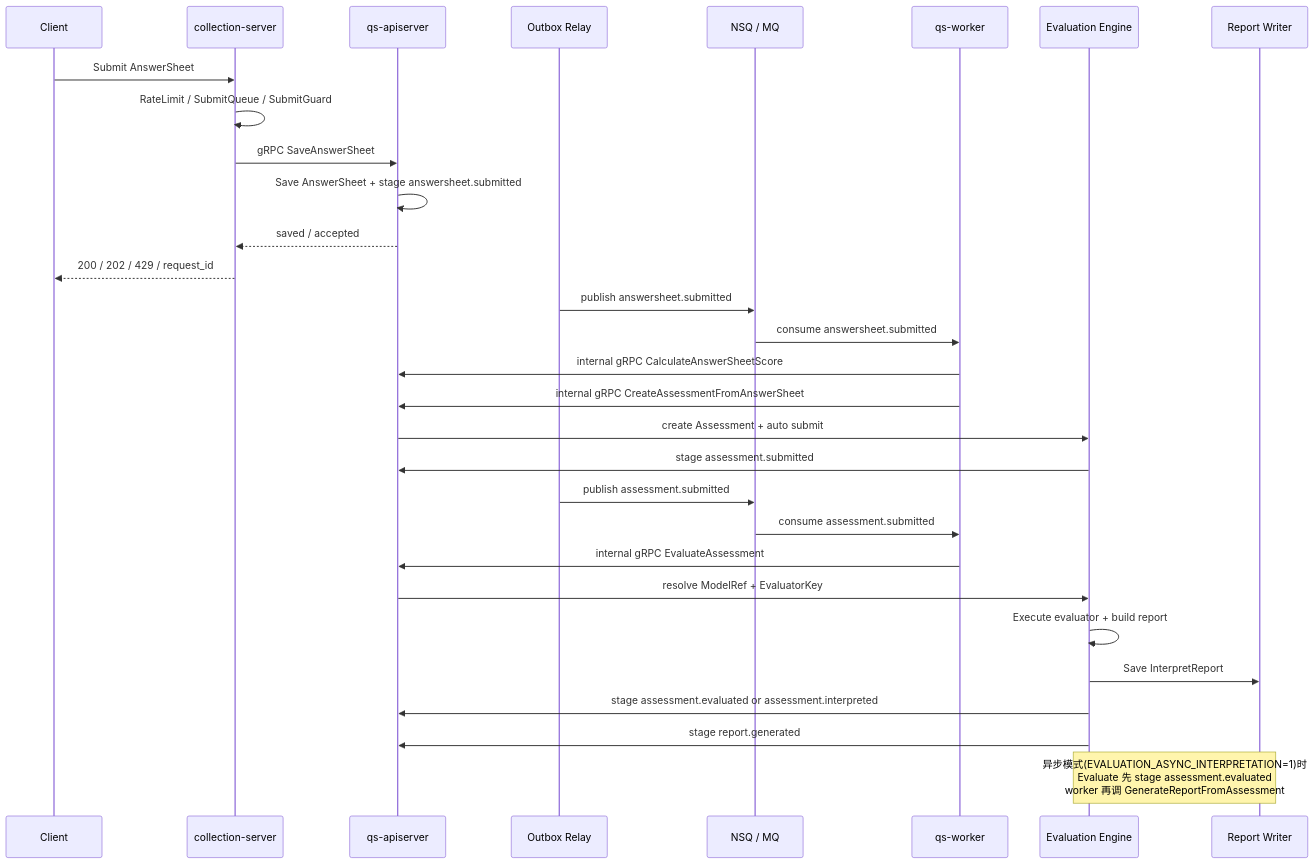
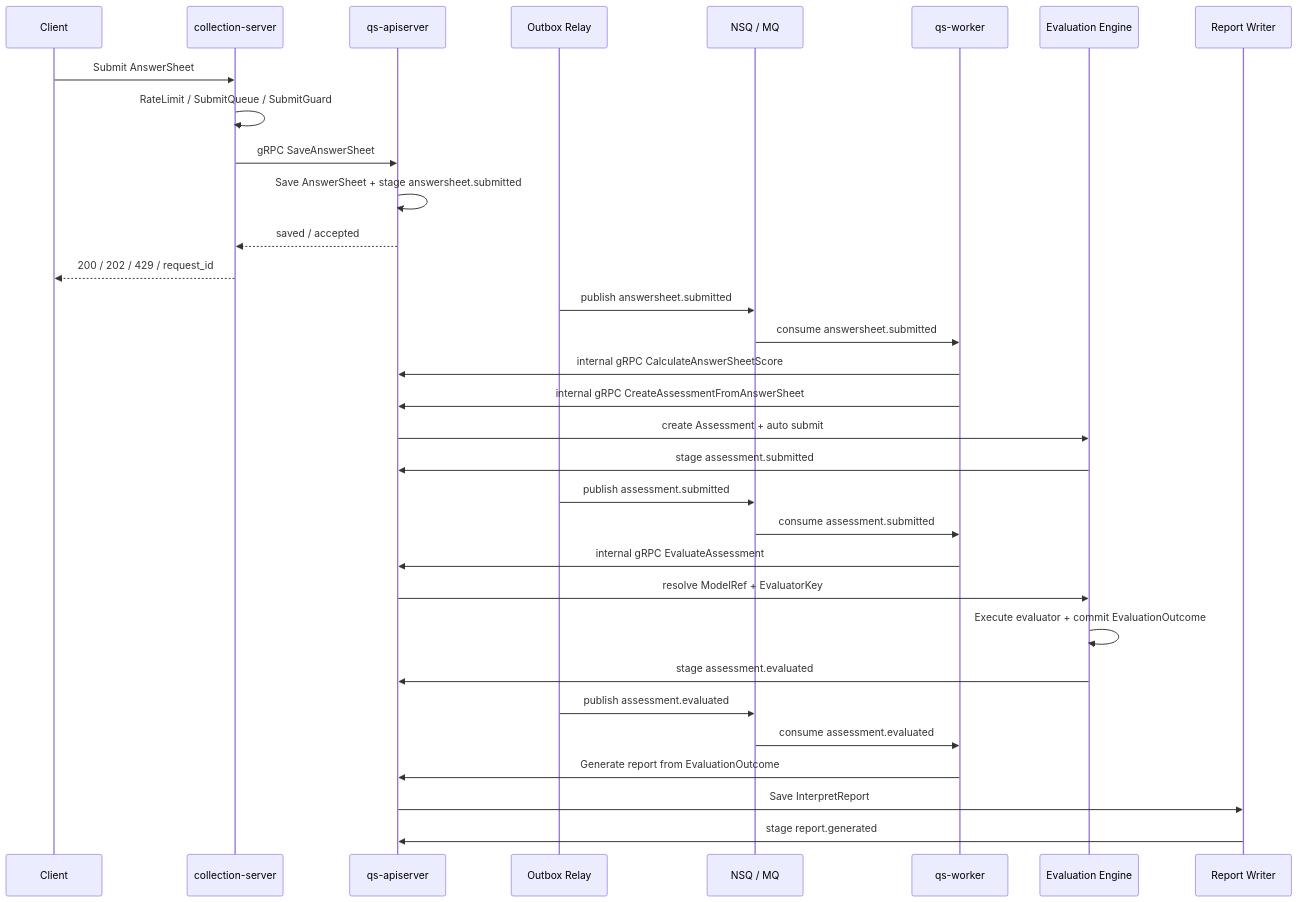
The second of 3 diagrams in README.md (FangcunMount/qs-server), drawn with Mermaid before and after one commit. The commit also changed 105 other files, not shown here.

````diff
--- a/README.md
+++ b/README.md
@@ -141,36 +141,38 @@
 ```mermaid
 sequenceDiagram
     participant Client as Client
     participant Collection as collection-server
     participant API as qs-apiserver
     participant Outbox as Outbox Relay
     participant MQ as NSQ / MQ
     participant Worker as qs-worker
     participant Eval as Evaluation Engine
     participant Report as Report Writer
 
     Client->>Collection: Submit AnswerSheet
     Collection->>Collection: RateLimit / SubmitQueue / SubmitGuard
     Collection->>API: gRPC SaveAnswerSheet
     API->>API: Save AnswerSheet + stage answersheet.submitted
     API-->>Collection: saved / accepted
     Collection-->>Client: 200 / 202 / 429 / request_id
 
     Outbox->>MQ: publish answersheet.submitted
     MQ->>Worker: consume answersheet.submitted
     Worker->>API: internal gRPC CalculateAnswerSheetScore
     Worker->>API: internal gRPC CreateAssessmentFromAnswerSheet
     API->>Eval: create Assessment + auto submit
     Eval->>API: stage assessment.submitted
 
     Outbox->>MQ: publish assessment.submitted
     MQ->>Worker: consume assessment.submitted
     Worker->>API: internal gRPC EvaluateAssessment
     API->>Eval: resolve ModelRef + EvaluatorKey
-    Eval->>Eval: Execute evaluator + build report
-    Eval->>Report: Save InterpretReport
-    Eval->>API: stage assessment.evaluated or assessment.interpreted
-    Eval->>API: stage report.generated
+    Eval->>Eval: Execute evaluator + commit EvaluationOutcome
+    Eval->>API: stage assessment.evaluated
 
-    Note over Eval,Report: 异步模式(EVALUATION_ASYNC_INTERPRETATION=1)时<br/>Evaluate 先 stage assessment.evaluated<br/>worker 再调 GenerateReportFromAssessment
+    Outbox->>MQ: publish assessment.evaluated
+    MQ->>Worker: consume assessment.evaluated
+    Worker->>API: Generate report from EvaluationOutcome
+    API->>Report: Save InterpretReport
+    Report->>API: stage report.generated
 ```
````
